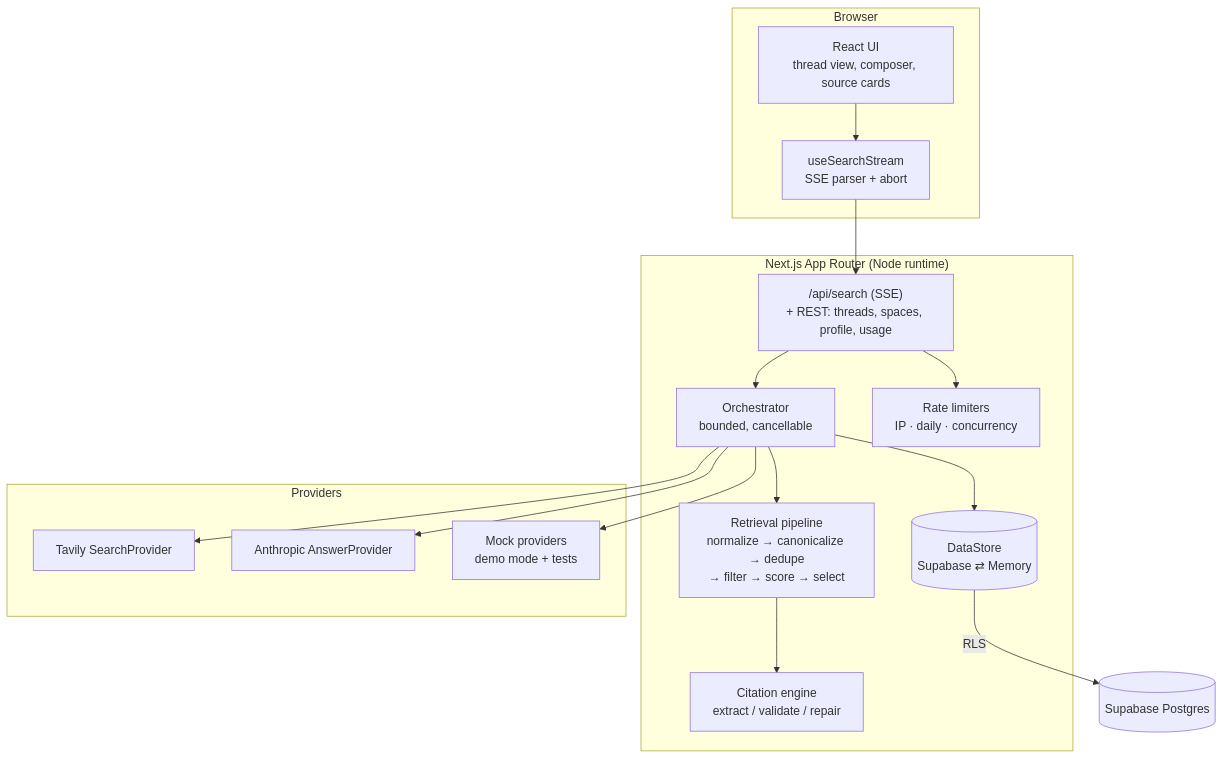
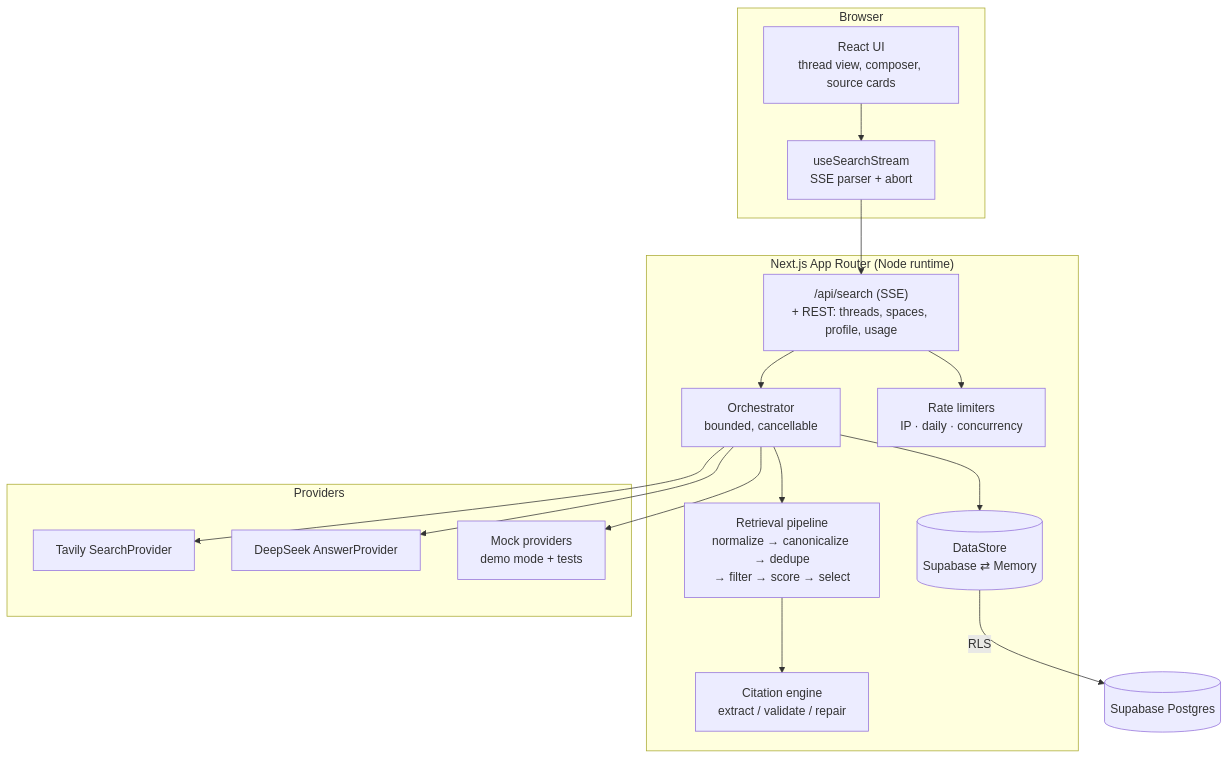
Before and after one commit to harshalady007/SeekMind-Ai: the diagram in README.md, drawn with Mermaid. The commit also changed other lines of this file and 18 other files, not shown here.

First line of the commit message:
Replace Anthropic with DeepSeek as the answer provider

````diff
--- a/README.md
+++ b/README.md
@@ -45,28 +45,28 @@
 ```mermaid
 flowchart TB
     subgraph Browser
         UI[React UI<br/>thread view, composer, source cards]
         Hook[useSearchStream<br/>SSE parser + abort]
     end
     subgraph Server["Next.js App Router (Node runtime)"]
         API["/api/search (SSE)<br/>+ REST: threads, spaces, profile, usage"]
         ORCH[Orchestrator<br/>bounded, cancellable]
         PIPE[Retrieval pipeline<br/>normalize → canonicalize → dedupe<br/>→ filter → score → select]
         CIT[Citation engine<br/>extract / validate / repair]
         LIM[Rate limiters<br/>IP · daily · concurrency]
         STORE[(DataStore<br/>Supabase ⇄ Memory)]
     end
     subgraph Providers
         TAV[Tavily SearchProvider]
-        ANT[Anthropic AnswerProvider]
+        DS[DeepSeek AnswerProvider]
         MOCK[Mock providers<br/>demo mode + tests]
     end
     UI --> Hook --> API
     API --> LIM
     API --> ORCH
     ORCH --> TAV & MOCK
     ORCH --> PIPE --> CIT
-    ORCH --> ANT
+    ORCH --> DS
     ORCH --> STORE
     STORE -->|RLS| DB[(Supabase Postgres)]
 ```
````
